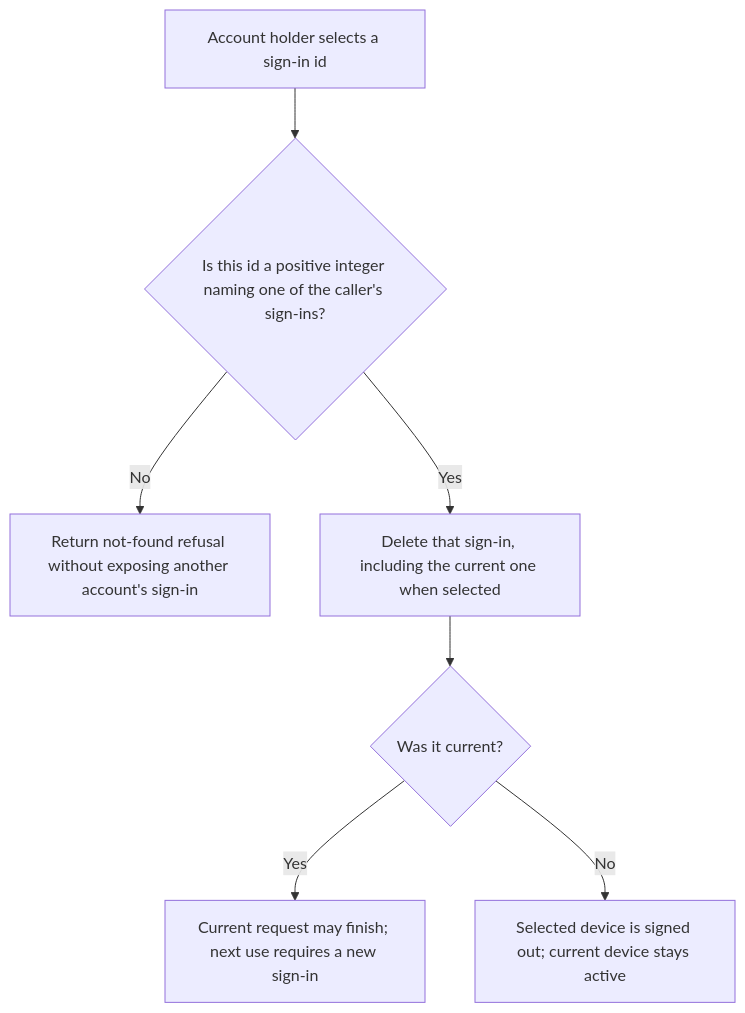
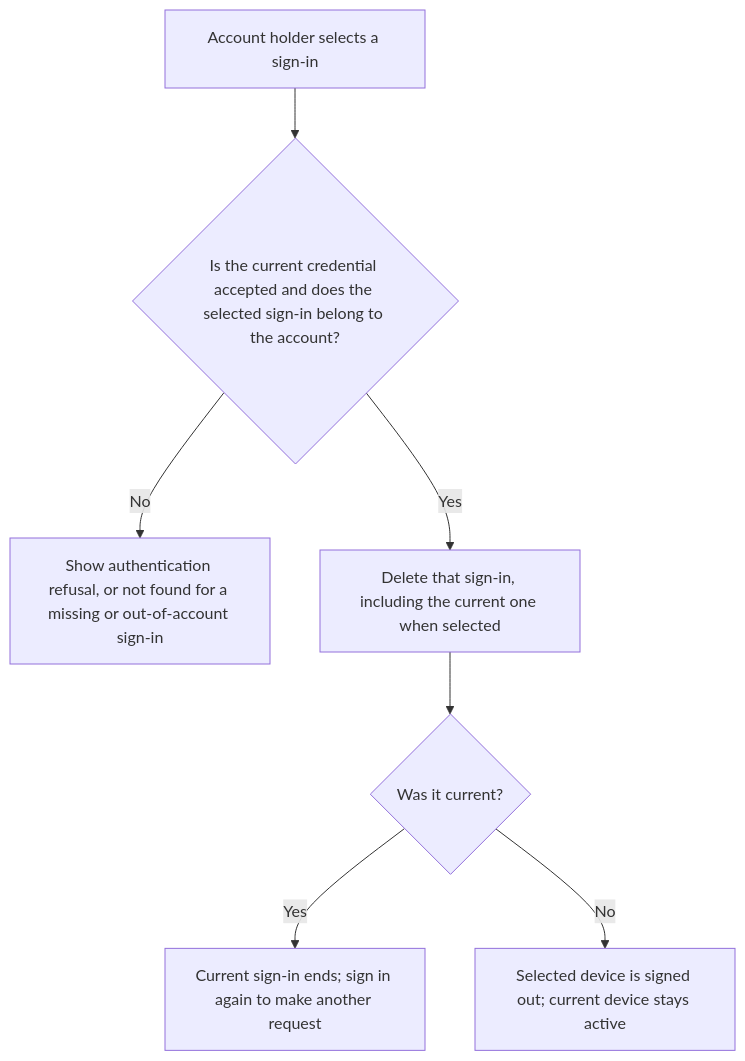
The first of 2 diagrams in user-stories/US-ACCOUNT-15-revoke-device.md (Kevinjohn/oss-adonisjs-account-kit), drawn with Mermaid before and after one commit. The commit also changed other lines of this file and 70 other files, not shown here.

````diff
--- a/user-stories/US-ACCOUNT-15-revoke-device.md
+++ b/user-stories/US-ACCOUNT-15-revoke-device.md
@@ -18,9 +20,9 @@
 ```mermaid
 flowchart TD
- A["Account holder selects a sign-in id"] --> B{"Is this id a positive integer naming one of the caller's sign-ins?"}
- B -->|No| C["Return not-found refusal without exposing another account's sign-in"]
+ A["Account holder selects a sign-in"] --> B{"Is the current credential accepted and does the selected sign-in belong to the account?"}
+ B -->|No| C["Show authentication refusal, or not found for a missing or out-of-account sign-in"]
  B -->|Yes| D["Delete that sign-in, including the current one when selected"]
  D --> E{"Was it current?"}
- E -->|Yes| F["Current request may finish; next use requires a new sign-in"]
+ E -->|Yes| F["Current sign-in ends; sign in again to make another request"]
  E -->|No| G["Selected device is signed out; current device stays active"]
 ```
````
